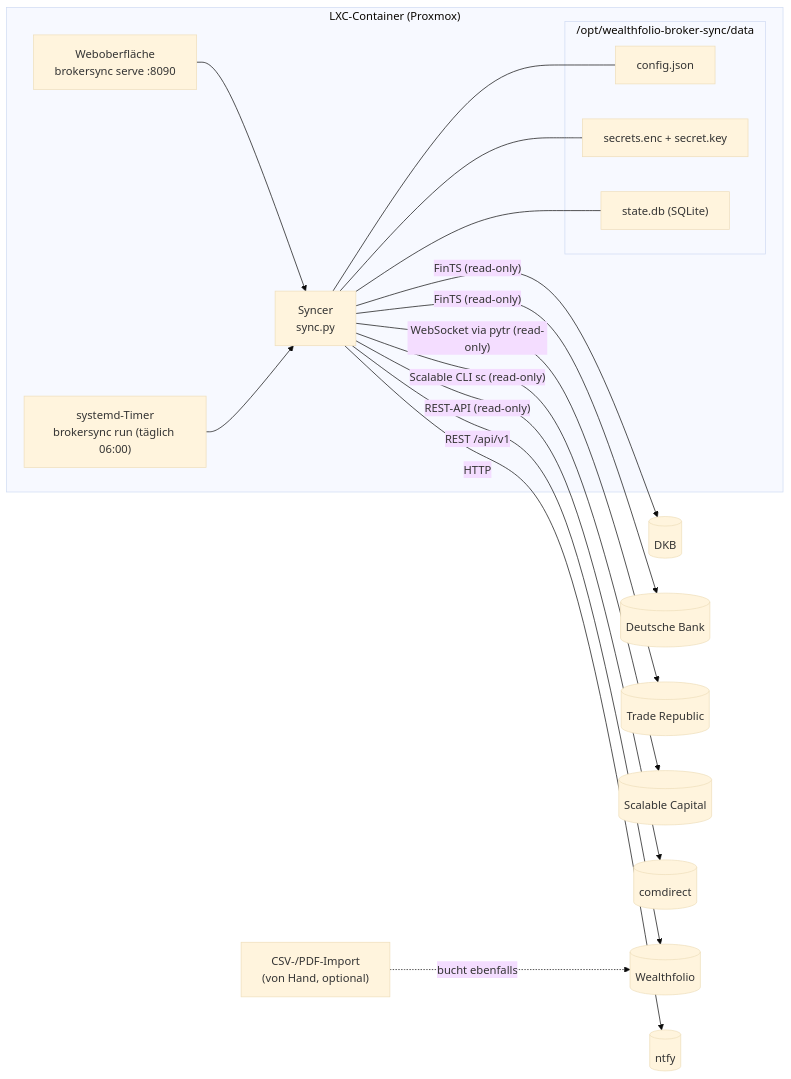
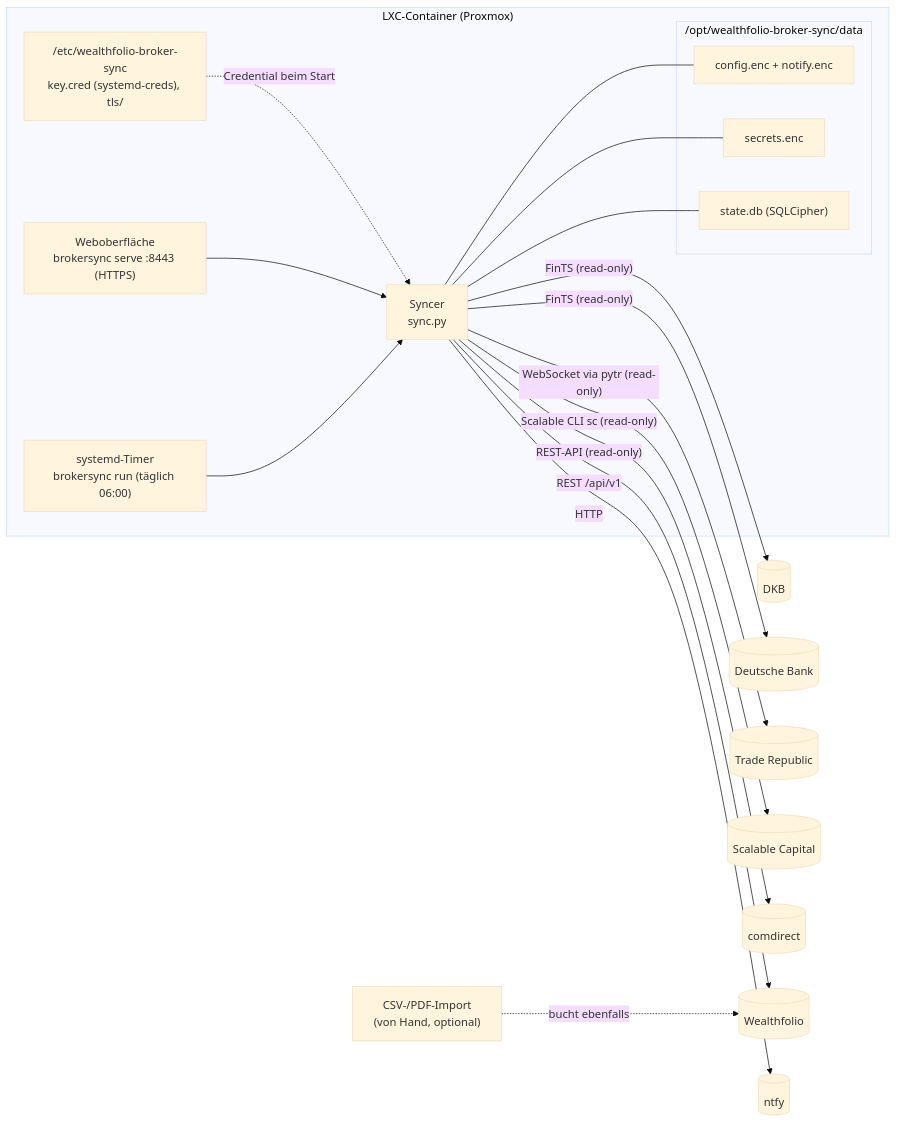
Before and after one commit to waldonso2/Wealthfolio-broker-sync-service: the first of 3 diagrams in ARCHITECTURE.md, drawn with Mermaid (base theme). The commit also changed other lines of this file and 44 other files, not shown here.

First line of the commit message:
Encrypt everything the service stores, key outside data/, HTTPS, optional master passphrase (0.9.0) (#34)

````diff
--- a/ARCHITECTURE.md
+++ b/ARCHITECTURE.md
@@ -7,24 +7,25 @@
 ```mermaid
 flowchart LR
   subgraph LXC["LXC-Container (Proxmox)"]
-    UI["Weboberfläche<br/>brokersync serve :8090"]
+    UI["Weboberfläche<br/>brokersync serve :8443 (HTTPS)"]
     Timer["systemd-Timer<br/>brokersync run (täglich 06:00)"]
     Sync["Syncer<br/>sync.py"]
     subgraph data["/opt/wealthfolio-broker-sync/data"]
-      Cfg["config.json"]
-      Vault["secrets.enc + secret.key"]
-      State["state.db (SQLite)"]
+      Cfg["config.enc + notify.enc"]
+      Vault["secrets.enc"]
+      State["state.db (SQLCipher)"]
     end
+    Key["/etc/wealthfolio-broker-sync<br/>key.cred (systemd-creds), tls/"] -. Credential beim Start .-> Sync
     UI --> Sync
     Timer --> Sync
     Sync --- Cfg & Vault & State
   end
   Sync -- "FinTS (read-only)" --> DKB[(DKB)]
   Sync -- "FinTS (read-only)" --> DB[(Deutsche Bank)]
   Sync -- "WebSocket via pytr (read-only)" --> TR[(Trade Republic)]
   Sync -- "Scalable CLI sc (read-only)" --> SC[(Scalable Capital)]
   Sync -- "REST-API (read-only)" --> CD[(comdirect)]
   Sync -- "REST /api/v1" --> WF[(Wealthfolio)]
   Sync -- "HTTP" --> Ntfy[(ntfy)]
   Import["CSV-/PDF-Import<br/>(von Hand, optional)"] -. bucht ebenfalls .-> WF
 ```
````
